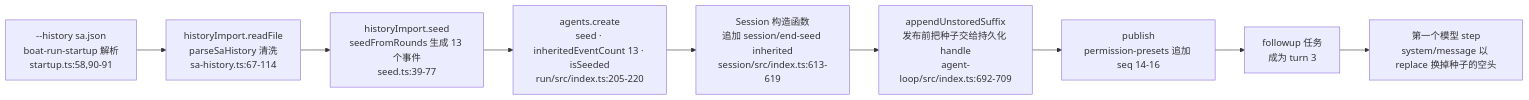
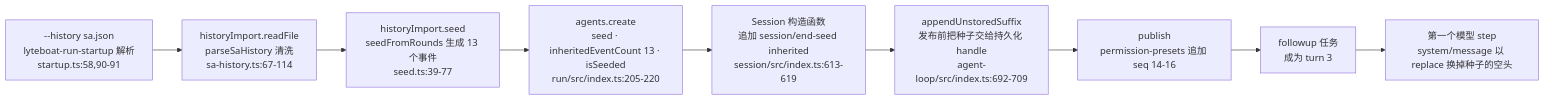
One commit to lyteboat/boat changed diagram 11 of 11 in docs/01-architecture.md. Above: the diagram before and after it, drawn with Mermaid. The commit also changed other lines of this file and 316 other files, not shown here.

````diff
--- a/docs/01-architecture.md
+++ b/docs/01-architecture.md
@@ -988,11 +988,11 @@
 ```mermaid
 flowchart LR
-  arg["--history sa.json<br/>boat-run-startup 解析<br/>startup.ts:58,90-91"] --> rf["historyImport.readFile<br/>parseSaHistory 清洗<br/>sa-history.ts:67-114"]
+  arg["--history sa.json<br/>lyteboat-run-startup 解析<br/>startup.ts:58,90-91"] --> rf["historyImport.readFile<br/>parseSaHistory 清洗<br/>sa-history.ts:67-114"]
   rf --> sd["historyImport.seed<br/>seedFromRounds 生成 13 个事件<br/>seed.ts:39-77"]
   sd --> cr["agents.create<br/>seed · inheritedEventCount 13 · isSeeded<br/>run/src/index.ts:205-220"]
   cr --> es["Session 构造函数<br/>追加 session/end-seed inherited<br/>session/src/index.ts:613-619"]
   es --> st["appendUnstoredSuffix<br/>发布前把种子交给持久化 handle<br/>agent-loop/src/index.ts:692-709"]
   st --> pub["publish<br/>permission-presets 追加 seq 14-16"]
   pub --> task["followup 任务<br/>成为 turn 3"]
   task --> rep["第一个模型 step<br/>system/message 以 replace 换掉种子的空头"]
 ```
````
